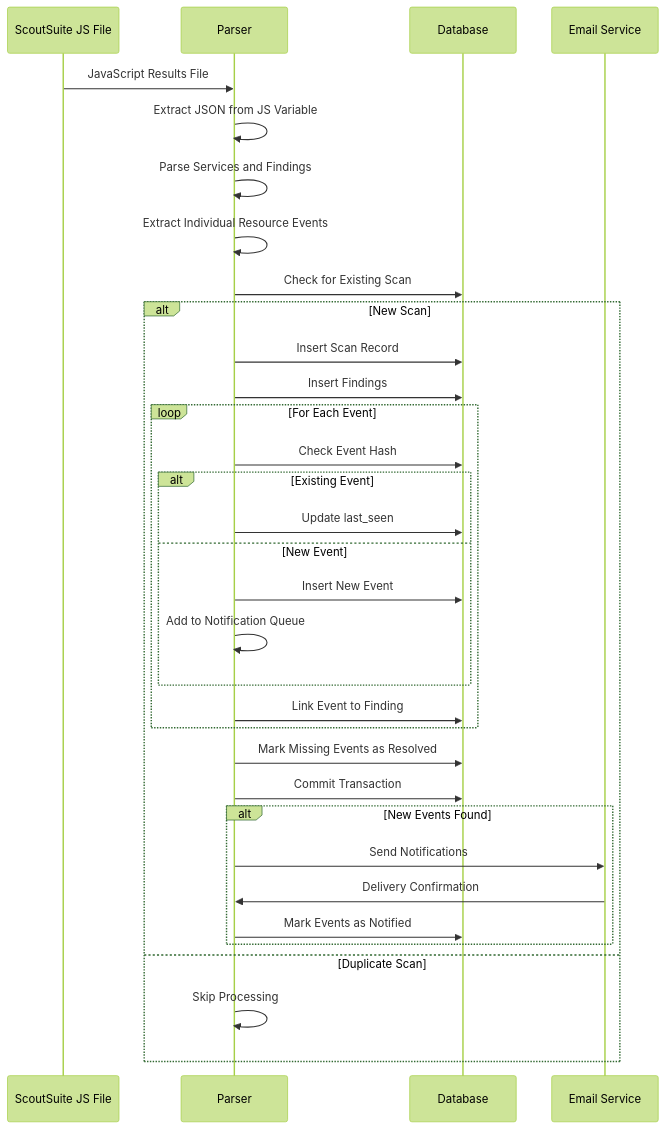
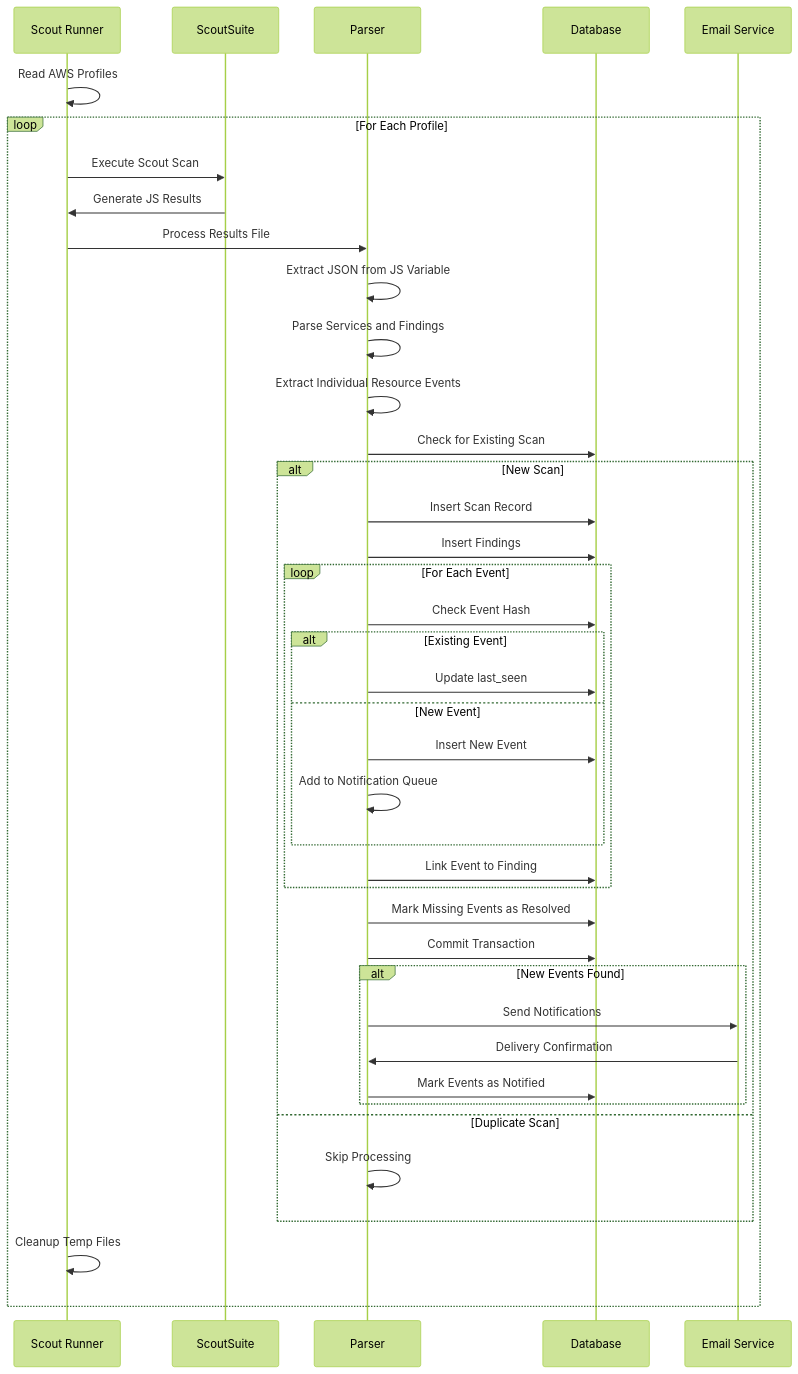
Before and after one commit to disappointingsupernova/ScoutSuiteParser: the third of 4 diagrams in README.md, drawn with Mermaid (forest theme). The commit also changed other lines of this file and 2 other files, not shown here.

Commit message:
Create the main scout runner script that handles ScoutSuite installation, scanning, and processing

````diff
--- a/README.md
+++ b/README.md
@@ -150,40 +153,47 @@
 ```mermaid
 sequenceDiagram
-    participant JS as ScoutSuite JS File
+    participant R as Scout Runner
+    participant S as ScoutSuite
     participant P as Parser
     participant DB as Database
     participant E as Email Service
     
-    JS->>P: JavaScript Results File
-    P->>P: Extract JSON from JS Variable
-    P->>P: Parse Services and Findings
-    P->>P: Extract Individual Resource Events
-    P->>DB: Check for Existing Scan
-    
-    alt New Scan
-        P->>DB: Insert Scan Record
-        P->>DB: Insert Findings
+    R->>R: Read AWS Profiles
+    loop For Each Profile
+        R->>S: Execute Scout Scan
+        S->>R: Generate JS Results
+        R->>P: Process Results File
+        P->>P: Extract JSON from JS Variable
+        P->>P: Parse Services and Findings
+        P->>P: Extract Individual Resource Events
+        P->>DB: Check for Existing Scan
         
-        loop For Each Event
-            P->>DB: Check Event Hash
-            alt Existing Event
-                P->>DB: Update last_seen
-            else New Event
-                P->>DB: Insert New Event
-                P->>P: Add to Notification Queue
+        alt New Scan
+            P->>DB: Insert Scan Record
+            P->>DB: Insert Findings
+            
+            loop For Each Event
+                P->>DB: Check Event Hash
+                alt Existing Event
+                    P->>DB: Update last_seen
+                else New Event
+                    P->>DB: Insert New Event
+                    P->>P: Add to Notification Queue
+                end
+                P->>DB: Link Event to Finding
             end
-            P->>DB: Link Event to Finding
+            
+            P->>DB: Mark Missing Events as Resolved
+            P->>DB: Commit Transaction
+            
+            alt New Events Found
+                P->>E: Send Notifications
+                E->>P: Delivery Confirmation
+                P->>DB: Mark Events as Notified
+            end
+        else Duplicate Scan
+            P->>P: Skip Processing
         end
-        
-        P->>DB: Mark Missing Events as Resolved
-        P->>DB: Commit Transaction
-        
-        alt New Events Found
-            P->>E: Send Notifications
-            E->>P: Delivery Confirmation
-            P->>DB: Mark Events as Notified
-        end
-    else Duplicate Scan
-        P->>P: Skip Processing
+        R->>R: Cleanup Temp Files
     end
 ```
````
